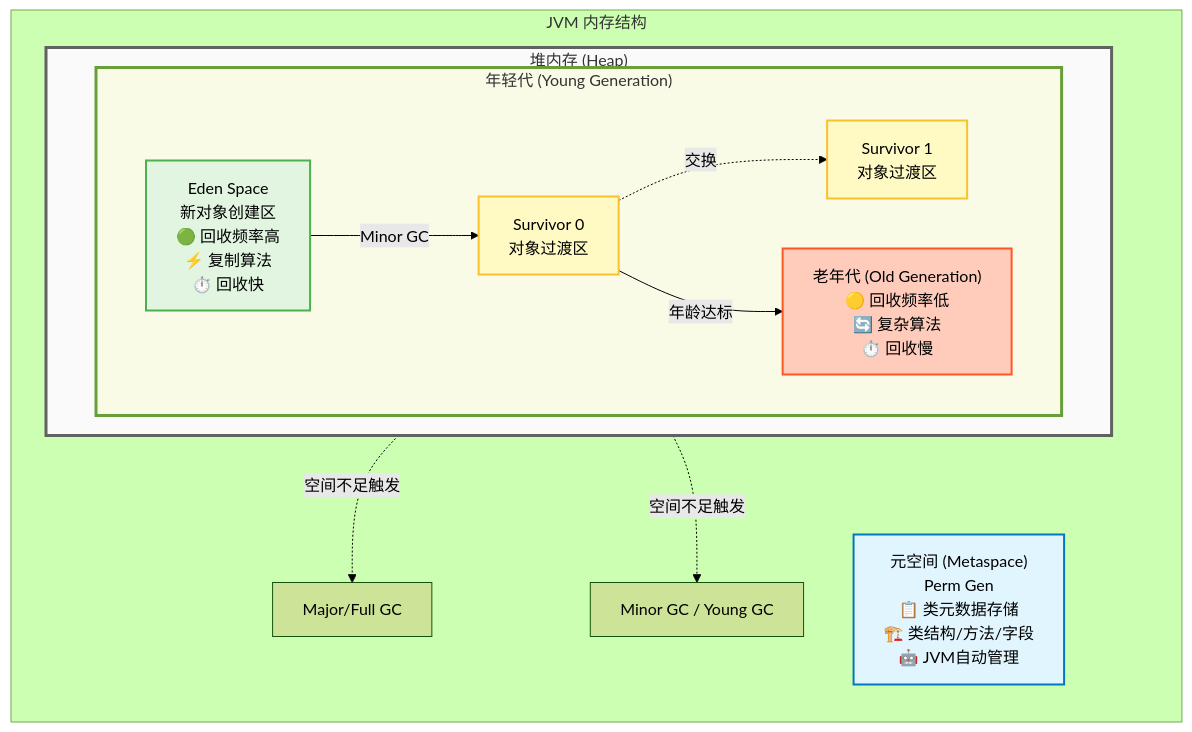
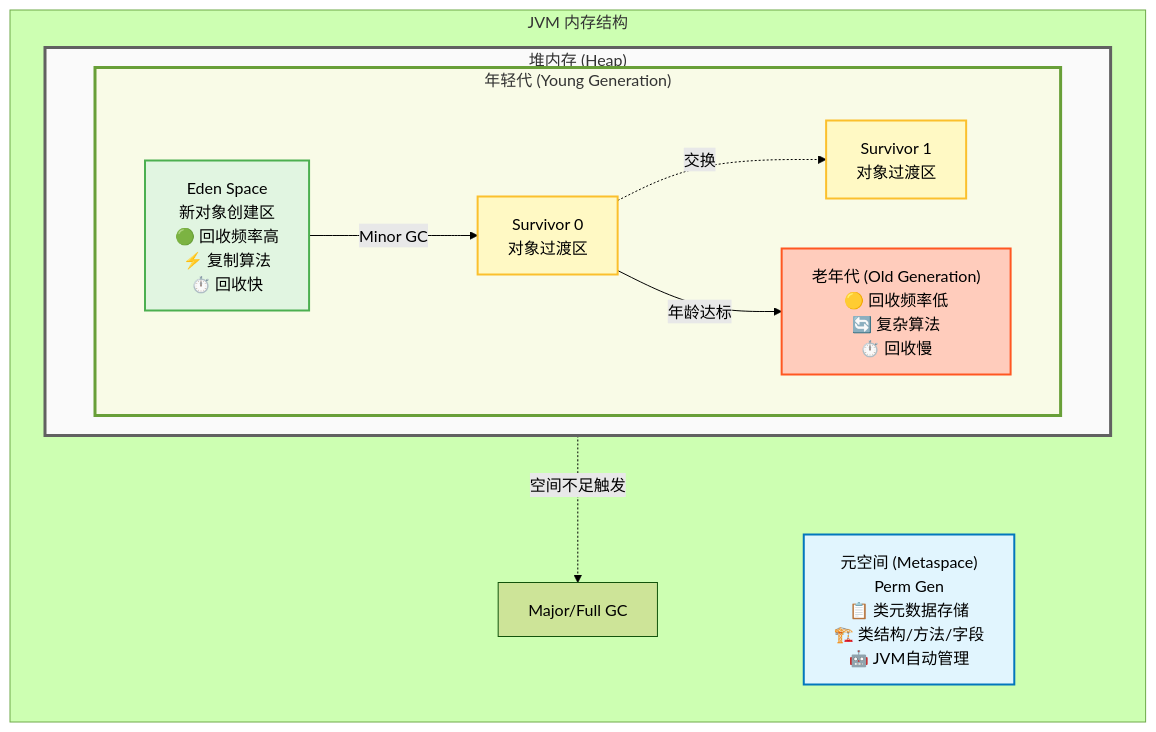
The diagram in docs/java/jvmgc/jvm.md (Jork-S-B/Jork-S-B.github.io), drawn with Mermaid (forest theme) before and after one commit. The commit also changed 5 other files, not shown here.

Commit message:
加入mkdocs-mermaid2插件

````diff
--- a/docs/java/jvmgc/jvm.md
+++ b/docs/java/jvmgc/jvm.md
@@ -23,35 +23,34 @@
     ```mermaid
     graph TB
         subgraph JVM["JVM 内存结构"]
             direction TB
 
             subgraph Heap["堆内存 (Heap)"]
                 direction LR
 
                 subgraph Young["年轻代 (Young Generation)"]
                     Eden["Eden Space<br/>新对象创建区<br/>🟢 回收频率高<br/>⚡ 复制算法<br/>⏱️ 回收快"]
                     S0["Survivor 0<br/>对象过渡区"]
                     S1["Survivor 1<br/>对象过渡区"]
 
                     Eden -->|"Minor GC"| S0
                     S0 -.->|"交换"| S1
                     S0 -->|"年龄达标"| Old
                 end
 
                 Old["老年代 (Old Generation)<br/>🟡 回收频率低<br/>🔄 复杂算法<br/>⏱️ 回收慢"]
             end
 
             Meta["元空间 (Metaspace)<br/>Perm Gen<br/>📋 类元数据存储<br/>🏗️ 类结构/方法/字段<br/>🤖 JVM自动管理"]
 
-            Young -.->|"空间不足触发"| GC1["Minor GC / Young GC"]
             Old -.->|"空间不足触发"| GC2["Major/Full GC"]
 
             style Eden fill:#e1f5e1,stroke:#4caf50,stroke-width:2px
             style S0 fill:#fff9c4,stroke:#fbc02d,stroke-width:2px
             style S1 fill:#fff9c4,stroke:#fbc02d,stroke-width:2px
             style Old fill:#ffccbc,stroke:#ff5722,stroke-width:2px
             style Meta fill:#e1f5fe,stroke:#0277bd,stroke-width:2px
             style Young fill:#f9fbe7,stroke:#689f38,stroke-width:3px
             style Heap fill:#fafafa,stroke:#616161,stroke-width:3px
         end
     ```
````
